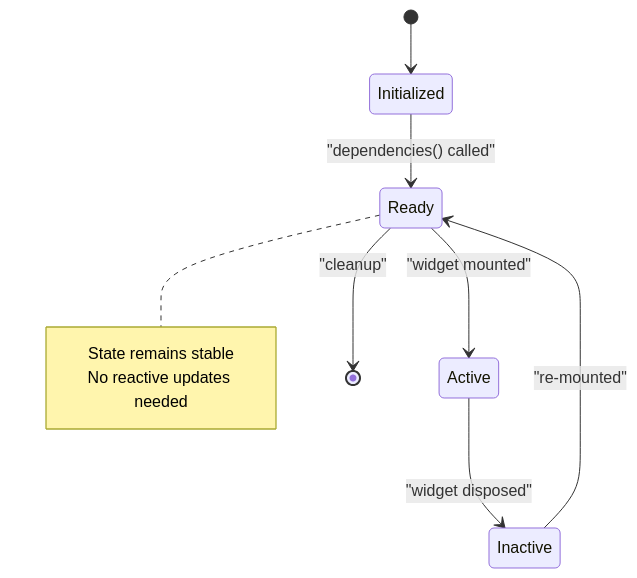
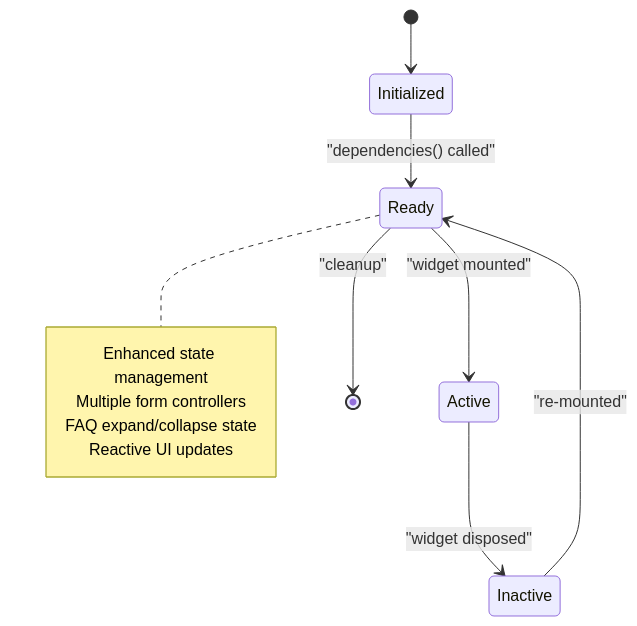
Diagram 11 of 11 in .qoder/repowiki/en/content/Core Features/Support and Communication/Contact Us Feature.md (Ariful3111/FurniGo), drawn with Mermaid before and after one commit. The commit also changed other lines of this file and 10 other files, not shown here.

````diff
--- a/.qoder/repowiki/en/content/Core Features/Support and Communication/Contact Us Feature.md
+++ b/.qoder/repowiki/en/content/Core Features/Support and Communication/Contact Us Feature.md
@@ -337,13 +535,15 @@
 ```mermaid
 stateDiagram-v2
 [*] --> Initialized
 Initialized --> Ready : "dependencies() called"
 Ready --> Active : "widget mounted"
 Active --> Inactive : "widget disposed"
 Inactive --> Ready : "re-mounted"
 Ready --> [*] : "cleanup"
 note right of Ready
-State remains stable
-No reactive updates needed
+Enhanced state management
+Multiple form controllers
+FAQ expand/collapse state
+Reactive UI updates
 end note
 ```
````
